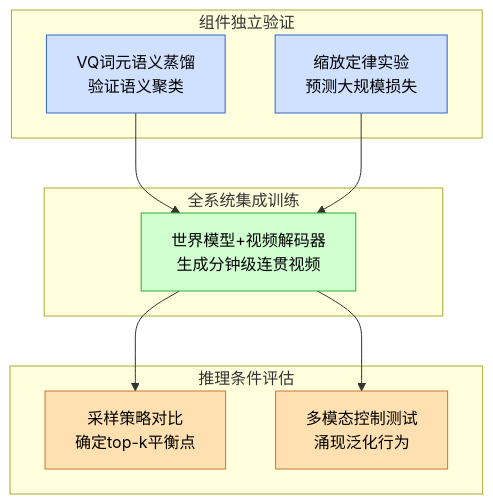
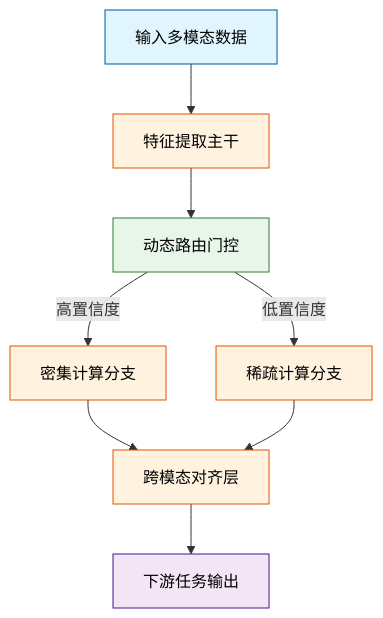
The eighth of 10 diagrams in person_vault/2026-06-08_GAIA1_2309.17080/report.md (ShinewineW/paper-rolling), drawn with Mermaid before and after one commit. The commit also changed other lines of this file and 300 other files, not shown here.

````diff
--- a/person_vault/2026-06-08_GAIA1_2309.17080/report.md
+++ b/person_vault/2026-06-08_GAIA1_2309.17080/report.md
@@ -198,25 +347,15 @@
 ```mermaid
-flowchart TB
-    classDef comp fill:#d0e0ff,stroke:#3366cc,color:#000
-    classDef sys fill:#d0ffd0,stroke:#33aa33,color:#000
-    classDef infer fill:#ffe0b0,stroke:#cc7733,color:#000
+flowchart TD
+    classDef input fill:#e1f5fe,stroke:#01579b,color:#000;
+    classDef process fill:#fff3e0,stroke:#e65100,color:#000;
+    classDef gate fill:#e8f5e9,stroke:#2e7d32,color:#000;
+    classDef output fill:#f3e5f5,stroke:#4a148c,color:#000;
 
-    subgraph components["组件独立验证"]
-        e1["VQ词元语义蒸馏\n验证语义聚类"]:::comp
-        e2["缩放定律实验\n预测大规模损失"]:::comp
-    end
-
-    subgraph system["全系统集成训练"]
-        e3["世界模型+视频解码器\n生成分钟级连贯视频"]:::sys
-    end
-
-    subgraph inference["推理条件评估"]
-        e4["采样策略对比\n确定top-k平衡点"]:::infer
-        e5["多模态控制测试\n涌现泛化行为"]:::infer
-    end
-
-    e1 --> e3
-    e2 --> e3
-    e3 --> e4
-    e3 --> e5
+    raw_data["输入多模态数据"]:::input --> feat_extract["特征提取主干"]:::process
+    feat_extract --> routing_gate["动态路由门控"]:::gate
+    routing_gate -->|高置信度| dense_path["密集计算分支"]:::process
+    routing_gate -->|低置信度| sparse_path["稀疏计算分支"]:::process
+    dense_path --> fusion_layer["跨模态对齐层"]:::process
+    sparse_path --> fusion_layer
+    fusion_layer --> task_head["下游任务输出"]:::output
 ```
````
